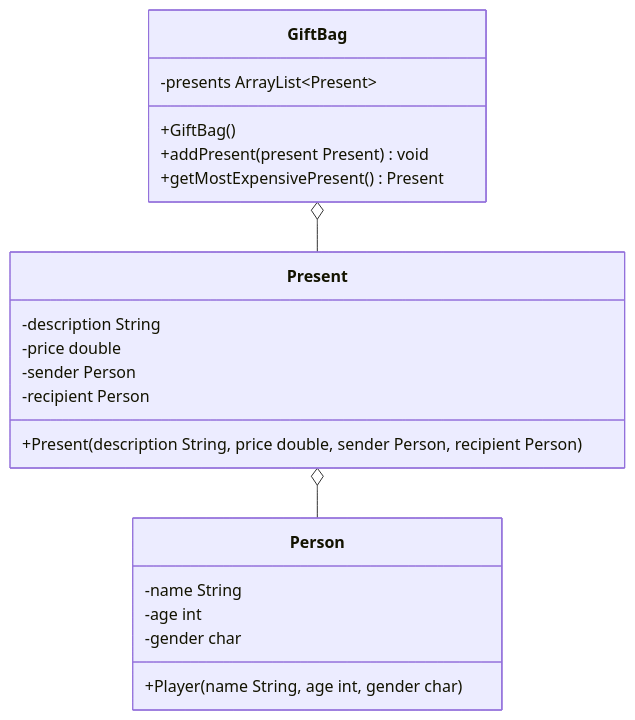
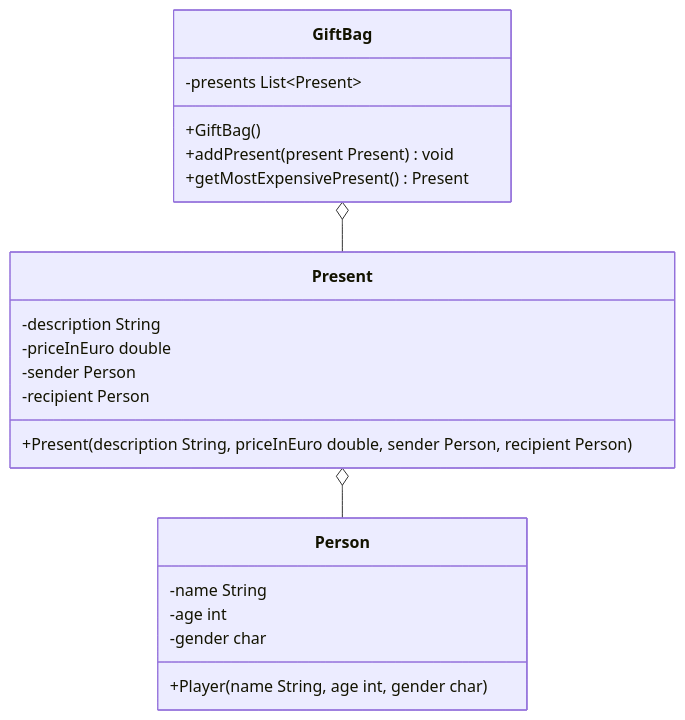
One commit to jappuccini/java-docs changed the diagram in docs/exam-exercises/exam-exercises-java1/gift-bag.md. Above: the diagram before and after it, drawn with Mermaid.

````diff
--- a/docs/exam-exercises/exam-exercises-java1/gift-bag.md
+++ b/docs/exam-exercises/exam-exercises-java1/gift-bag.md
@@ -11,27 +11,27 @@
 ```mermaid
 classDiagram
     GiftBag o-- Present
     Present o-- Person
 
     class GiftBag {
-        -presents ArrayList~Present~
+        -presents List~Present~
         +GiftBag()
         +addPresent(present Present) void
         +getMostExpensivePresent() Present
     }
 
     class Present {
         -description String
-        -price double
+        -priceInEuro double
         -sender Person
         -recipient Person
-        +Present(description String, price double, sender Person, recipient Person)
+        +Present(description String, priceInEuro double, sender Person, recipient Person)
     }
 
     class Person {
         -name String
         -age int
         -gender char
         +Player(name String, age int, gender char )
     }
 ```
````
